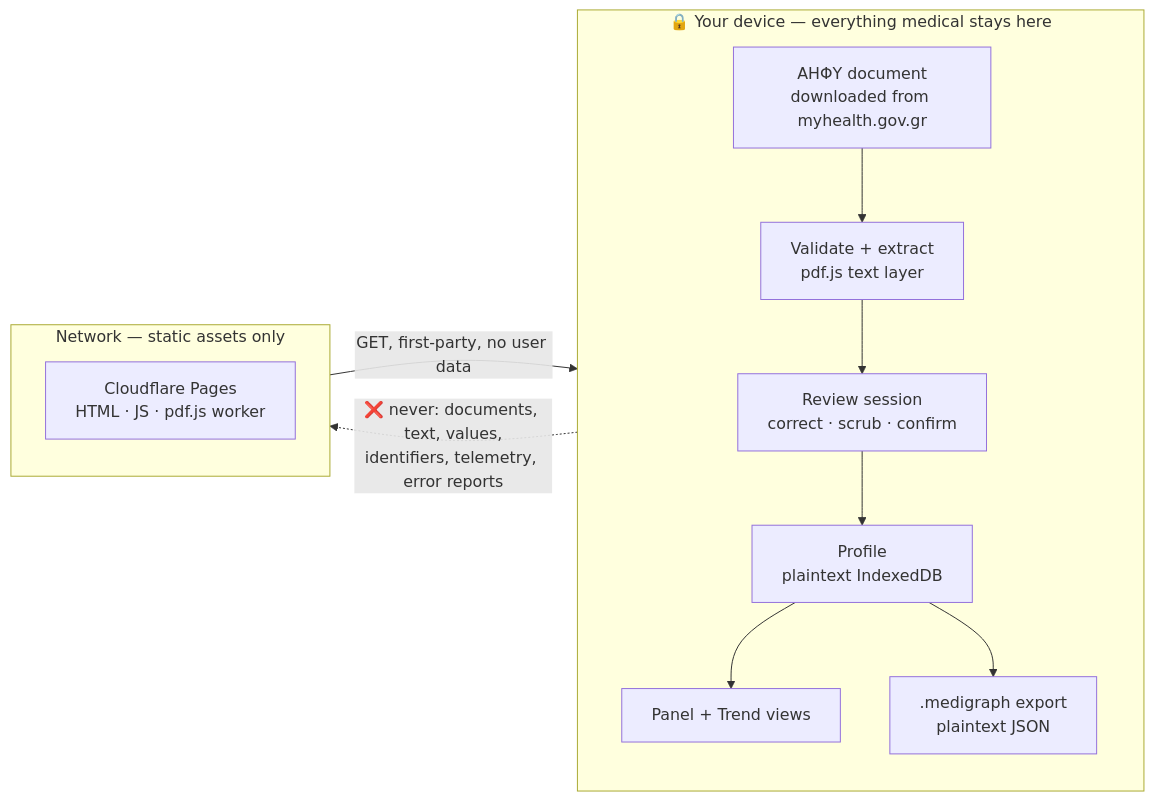
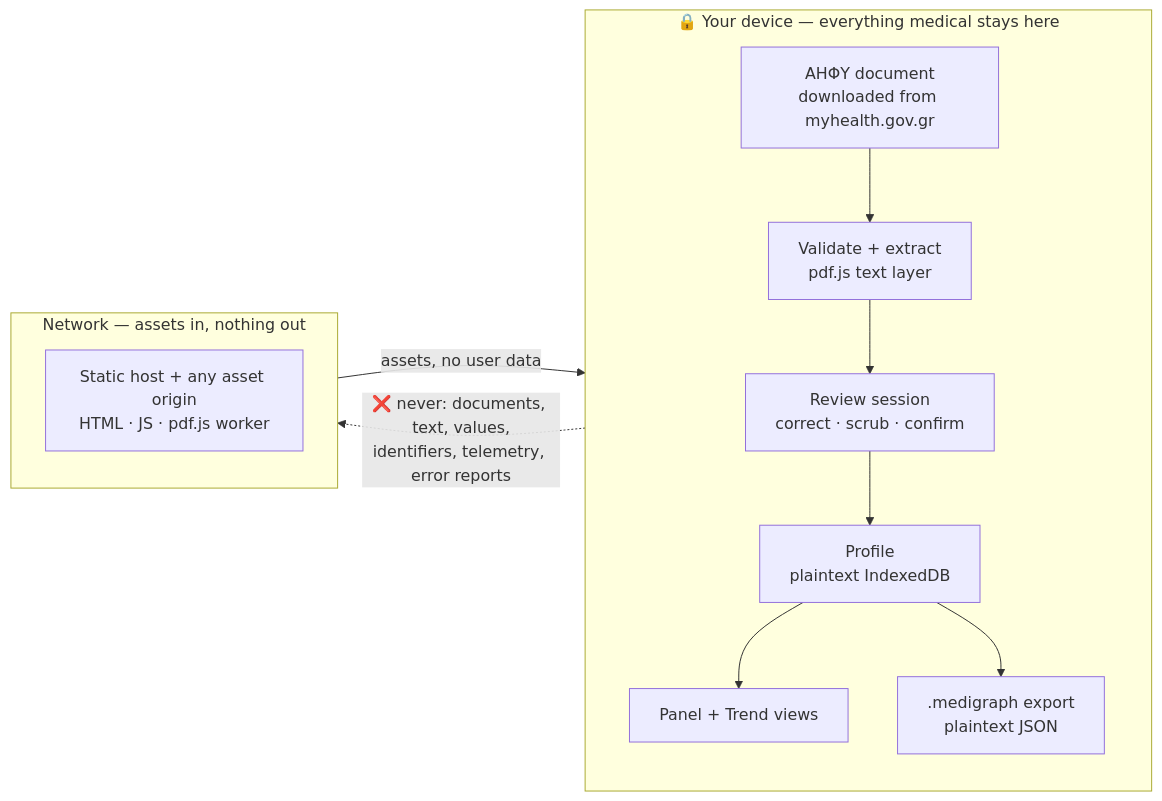
One commit to vdassios/Medigraph changed the first of 2 diagrams in README.md. Above: the diagram before and after it, drawn with Mermaid. The commit also changed other lines of this file and 6 other files, not shown here.

First line of the commit message:
feat: relax D1 to the data rule and drop the origin machinery

````diff
--- a/README.md
+++ b/README.md
@@ -36,22 +36,22 @@
 ```mermaid
 flowchart LR
   subgraph device["🔒 Your device — everything medical stays here"]
     direction TB
     files["ΑΗΦΥ document<br/>downloaded from myhealth.gov.gr"]
     ext["Validate + extract<br/>pdf.js text layer"]
     rev["Review session<br/>correct · scrub · confirm"]
     prof["Profile<br/>plaintext IndexedDB"]
     charts["Panel + Trend views"]
     exp[".medigraph export<br/>plaintext JSON"]
     files --> ext --> rev --> prof --> charts
     prof --> exp
   end
 
-  subgraph net["Network — static assets only"]
+  subgraph net["Network — assets in, nothing out"]
     direction TB
-    host["Cloudflare Pages<br/>HTML · JS · pdf.js worker"]
+    host["Static host + any asset origin<br/>HTML · JS · pdf.js worker"]
   end
 
-  host -->|"GET, first-party, no user data"| device
+  host -->|"assets, no user data"| device
   device -.->|"❌ never: documents, text, values,<br/>identifiers, telemetry, error reports"| net
 ```
````
